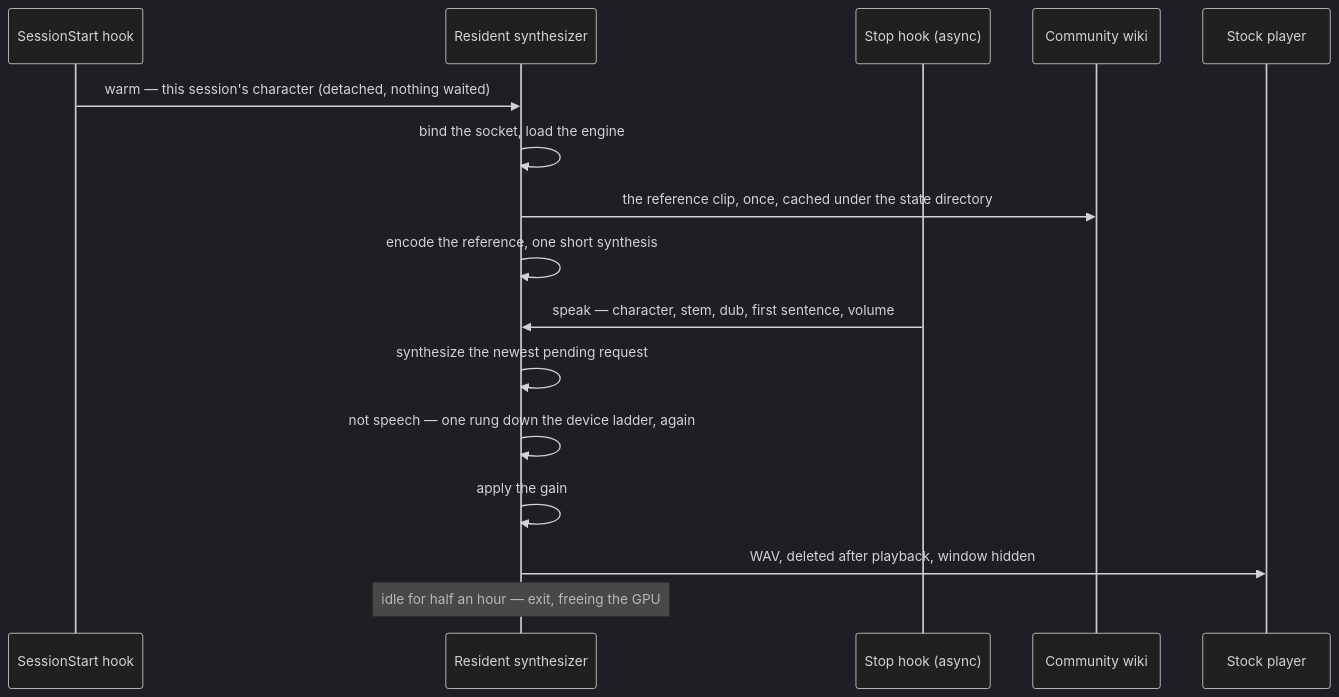
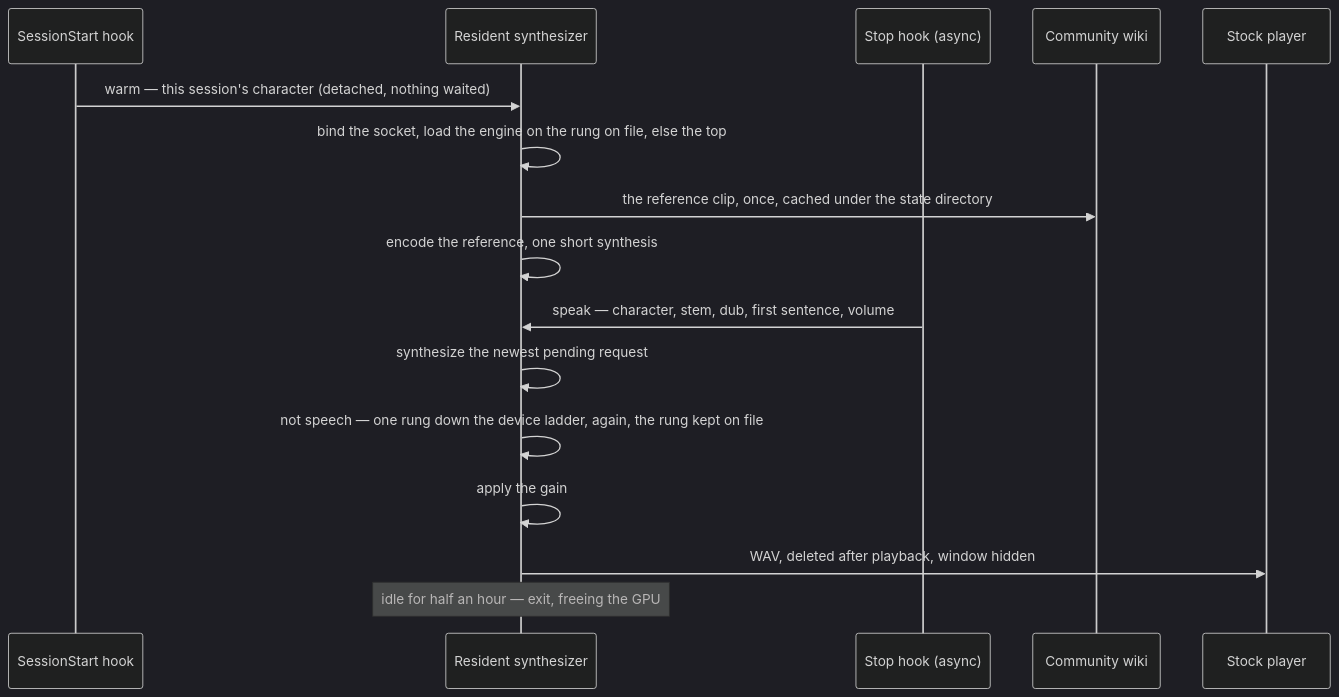
The first of 2 diagrams in apps/web/content/docs/infra/claude-interface/spoken-replies.md (Esposter/Esposter), drawn with Mermaid (dark theme) before and after one commit. The commit also changed other lines of this file and 10 other files, not shown here.

````diff
--- a/apps/web/content/docs/infra/claude-interface/spoken-replies.md
+++ b/apps/web/content/docs/infra/claude-interface/spoken-replies.md
@@ -19,19 +19,19 @@
 ```mermaid
 sequenceDiagram
     participant Start as SessionStart hook
     participant Server as Resident synthesizer
     participant Stop as Stop hook (async)
     participant Wiki as Community wiki
     participant Player as Stock player
 
     Start->>Server: warm — this session's character (detached, nothing waited)
-    Server->>Server: bind the socket, load the engine
+    Server->>Server: bind the socket, load the engine on the rung on file, else the top
     Server->>Wiki: the reference clip, once, cached under the state directory
     Server->>Server: encode the reference, one short synthesis
     Stop->>Server: speak — character, stem, dub, first sentence, volume
     Server->>Server: synthesize the newest pending request
-    Server->>Server: not speech — one rung down the device ladder, again
+    Server->>Server: not speech — one rung down the device ladder, again, the rung kept on file
     Server->>Server: apply the gain
     Server->>Player: WAV, deleted after playback, window hidden
     Note over Server: idle for half an hour — exit, freeing the GPU
 ```
````
